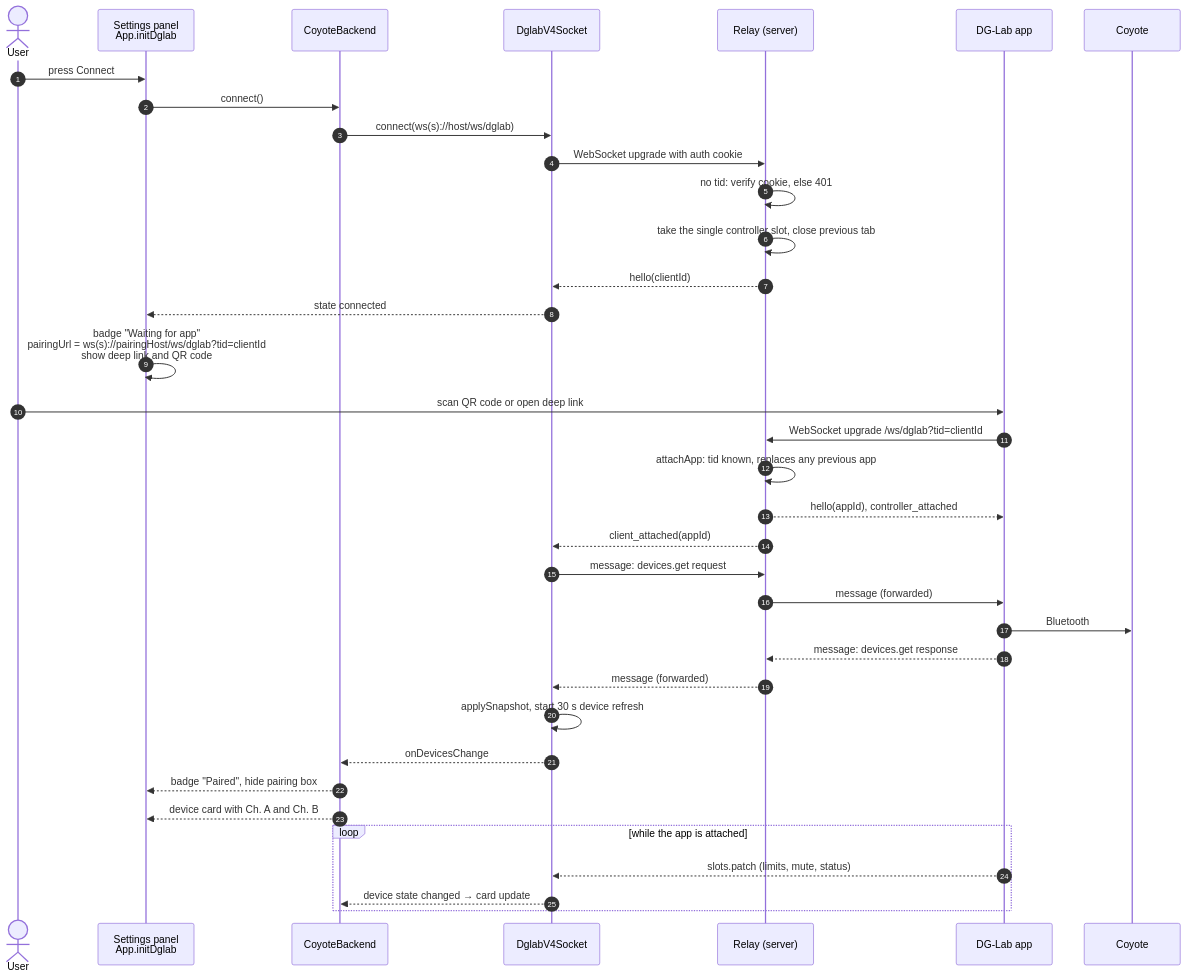
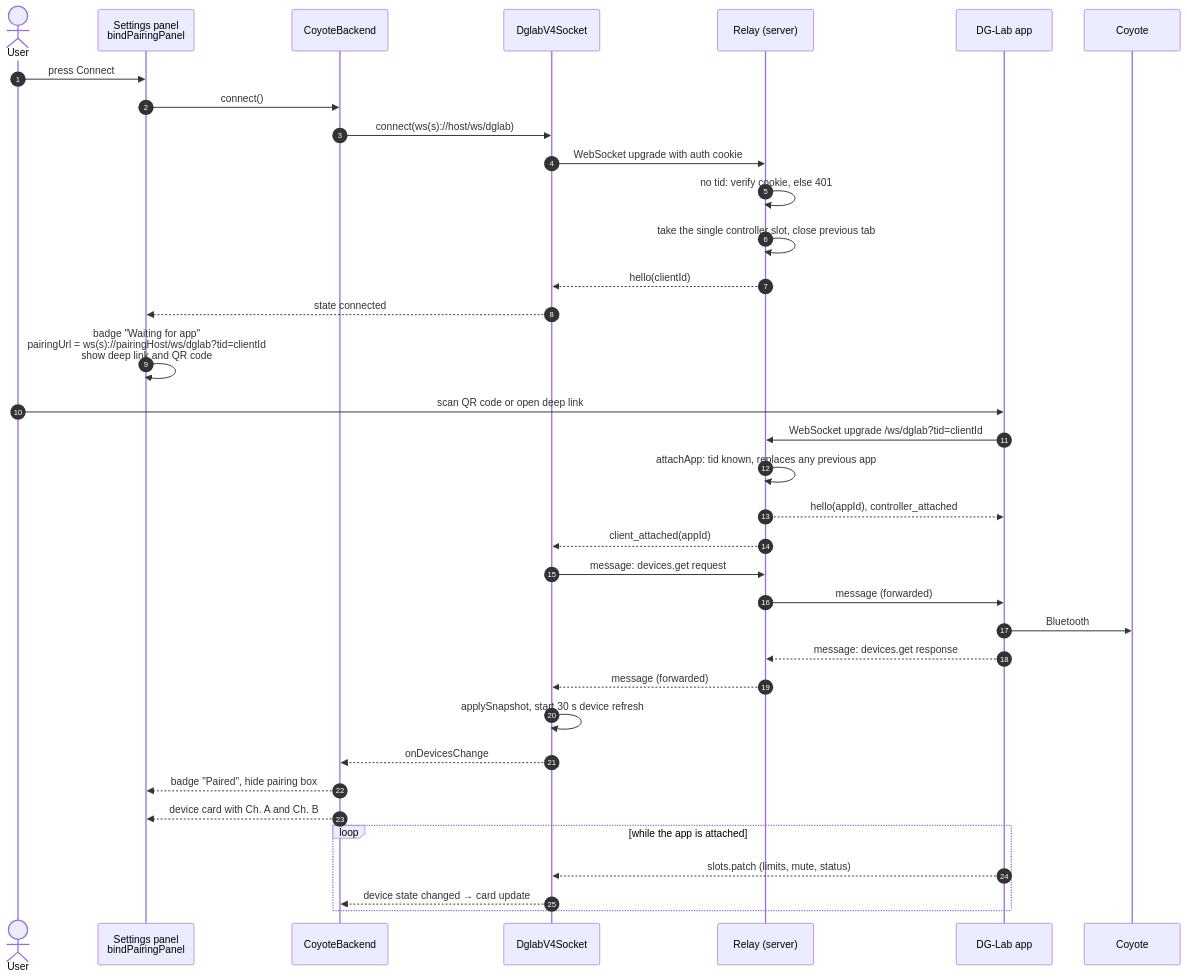
Before and after one commit to lumbar-spine-support/docker-haptic-player: the second of 3 diagrams in docs/developer/use-cases/coyote-pairing.md, drawn with Mermaid. The commit also changed other lines of this file and 52 other files, not shown here.

````diff
--- a/docs/developer/use-cases/coyote-pairing.md
+++ b/docs/developer/use-cases/coyote-pairing.md
@@ -23,39 +23,39 @@
 ```mermaid
 sequenceDiagram
   autonumber
   actor U as User
-  participant UI as Settings panel<br/>App.initDglab
+  participant UI as Settings panel<br/>bindPairingPanel
   participant CB as CoyoteBackend
   participant SK as DglabV4Socket
   participant R as Relay (server)
   participant P as DG-Lab app
   participant C as Coyote
 
   U->>UI: press Connect
   UI->>CB: connect()
   CB->>SK: connect(ws(s)://host/ws/dglab)
   SK->>R: WebSocket upgrade with auth cookie
   R->>R: no tid: verify cookie, else 401
   R->>R: take the single controller slot, close previous tab
   R-->>SK: hello(clientId)
   SK-->>UI: state connected
   UI->>UI: badge "Waiting for app"<br/>pairingUrl = ws(s)://pairingHost/ws/dglab?tid=clientId<br/>show deep link and QR code
   U->>P: scan QR code or open deep link
   P->>R: WebSocket upgrade /ws/dglab?tid=clientId
   R->>R: attachApp: tid known, replaces any previous app
   R-->>P: hello(appId), controller_attached
   R-->>SK: client_attached(appId)
   SK->>R: message: devices.get request
   R->>P: message (forwarded)
   P->>C: Bluetooth
   P-->>R: message: devices.get response
   R-->>SK: message (forwarded)
   SK->>SK: applySnapshot, start 30 s device refresh
   SK-->>CB: onDevicesChange
   CB-->>UI: badge "Paired", hide pairing box
   CB-->>UI: device card with Ch. A and Ch. B
   loop while the app is attached
     P-->>SK: slots.patch (limits, mute, status)
     SK-->>CB: device state changed → card update
   end
 ```
````
